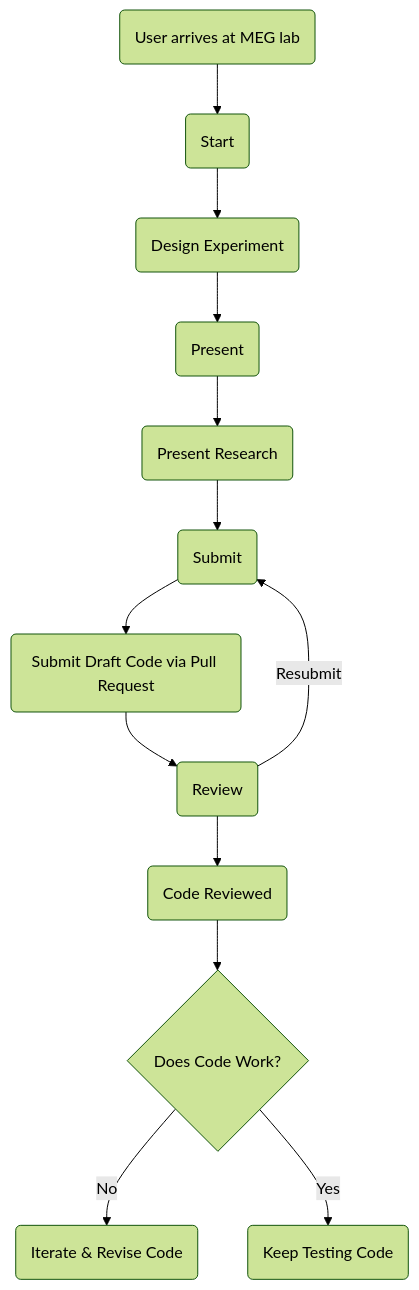
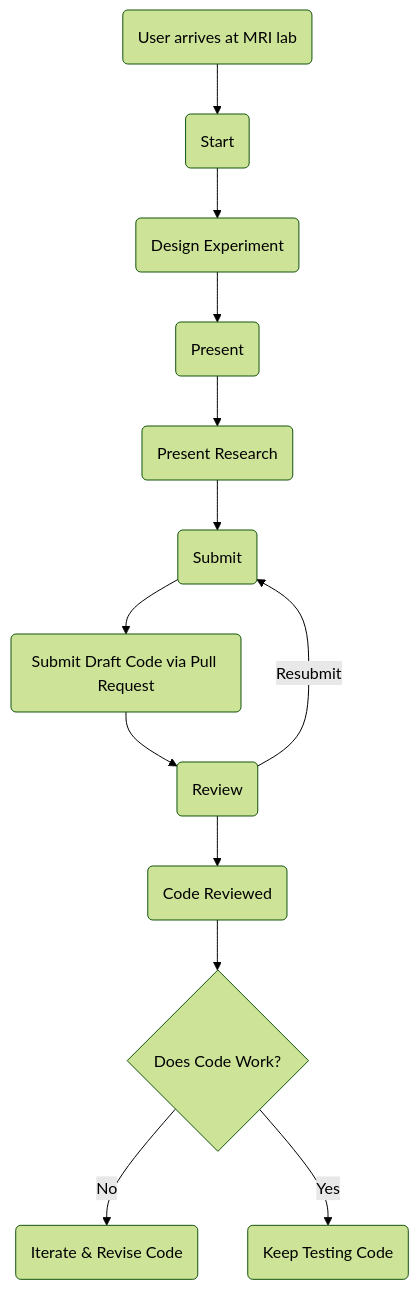
One commit to BioMedicalImaging-Core-NYUAD/brainimaging-lab-documentation changed the second of 2 diagrams in docs/source/1-lab-overview/2-brainimaging-processes.rst. Above: the diagram before and after it, drawn with Mermaid (forest theme).

```diff
--- a/docs/source/1-lab-overview/2-brainimaging-processes.rst
+++ b/docs/source/1-lab-overview/2-brainimaging-processes.rst
@@ -51,20 +51,20 @@
 .. mermaid::
    :align: center
-   :caption: "MEG Lab Flowchart"
+   :caption: "MRI Lab Flowchart"
 
    flowchart TB
-       A("User arrives at MEG lab") --> B("Start")
+       A("User arrives at MRI lab") --> B("Start")
        B --> C("Design Experiment")
        C --> D("Present")
        D --> E("Present Research")
        E --> F("Submit")
        F --> G("Submit Draft Code via Pull Request")
        G --> H("Review")
        H --> I("Code Reviewed")
        I --> J{"Does Code Work?"}
 
        J -- No --> K("Iterate & Revise Code")
        J -- Yes --> L("Keep Testing Code")
 
        %% Show the 'Resubmit' loop from Review to Submit
        H -- Resubmit --> F
```
